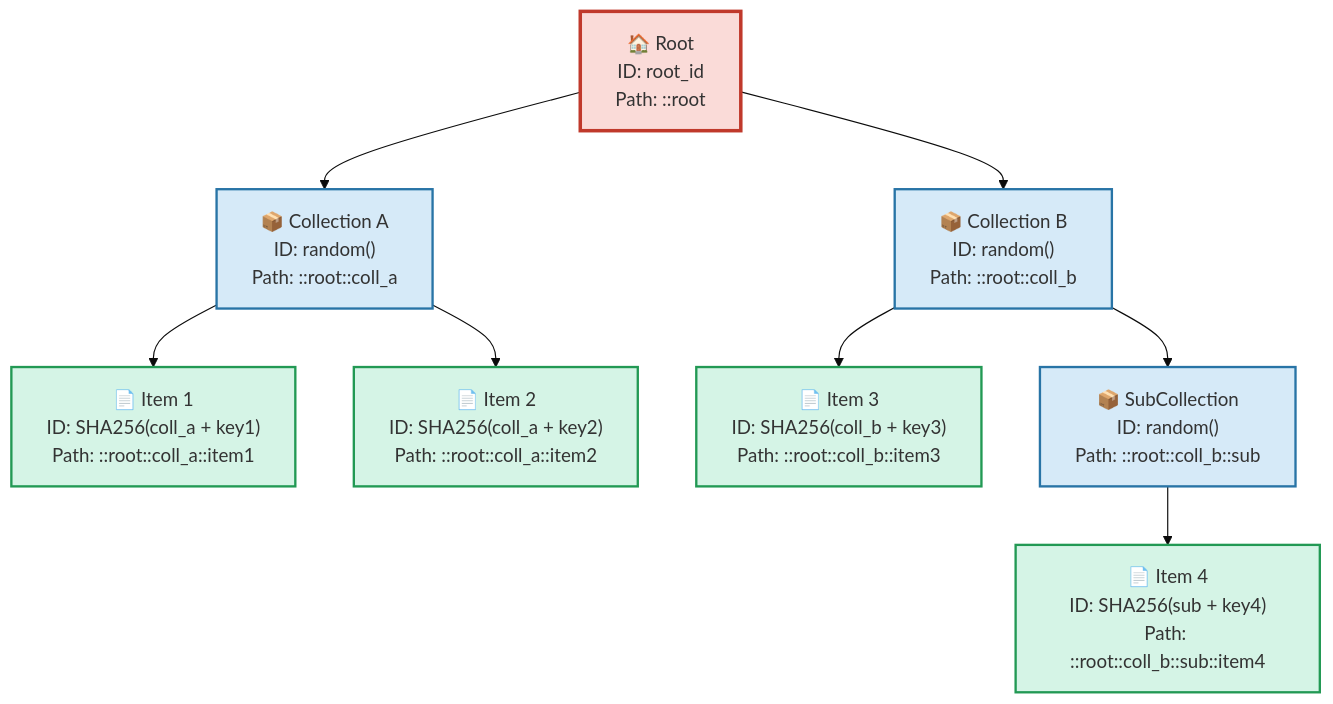
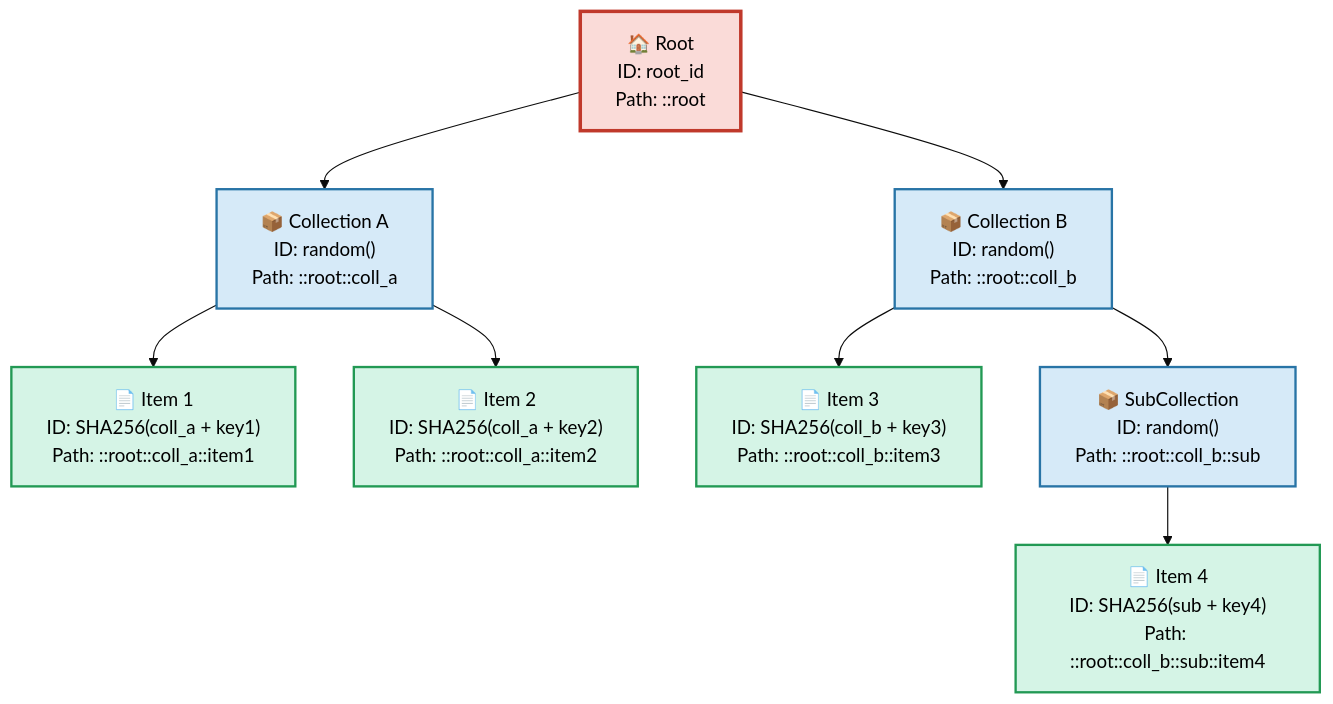
The eighth of 9 diagrams in crates/storage/README.md (calimero-network/core), drawn with Mermaid (base theme) before and after one commit. The commit also changed other lines of this file, not shown here.

First line of the commit message:
docs(storage): add black text color to all diagrams

````diff
--- a/crates/storage/README.md
+++ b/crates/storage/README.md
@@ -291,32 +291,32 @@
 ```mermaid
 graph TD
     Root["🏠 Root<br/>ID: root_id<br/>Path: ::root"]
     
     CollA["📦 Collection A<br/>ID: random()<br/>Path: ::root::coll_a"]
     CollB["📦 Collection B<br/>ID: random()<br/>Path: ::root::coll_b"]
     
     Item1["📄 Item 1<br/>ID: SHA256(coll_a + key1)<br/>Path: ::root::coll_a::item1"]
     Item2["📄 Item 2<br/>ID: SHA256(coll_a + key2)<br/>Path: ::root::coll_a::item2"]
     
     Item3["📄 Item 3<br/>ID: SHA256(coll_b + key3)<br/>Path: ::root::coll_b::item3"]
     
     SubColl["📦 SubCollection<br/>ID: random()<br/>Path: ::root::coll_b::sub"]
     Item4["📄 Item 4<br/>ID: SHA256(sub + key4)<br/>Path: ::root::coll_b::sub::item4"]
     
     Root --> CollA
     Root --> CollB
     CollA --> Item1
     CollA --> Item2
     CollB --> Item3
     CollB --> SubColl
     SubColl --> Item4
     
-    style Root fill:#FADBD8,stroke:#C0392B,stroke-width:3px
-    style CollA fill:#D6EAF8,stroke:#2874A6,stroke-width:2px
-    style CollB fill:#D6EAF8,stroke:#2874A6,stroke-width:2px
-    style SubColl fill:#D6EAF8,stroke:#2874A6,stroke-width:2px
-    style Item1 fill:#D5F4E6,stroke:#229954,stroke-width:2px
-    style Item2 fill:#D5F4E6,stroke:#229954,stroke-width:2px
-    style Item3 fill:#D5F4E6,stroke:#229954,stroke-width:2px
-    style Item4 fill:#D5F4E6,stroke:#229954,stroke-width:2px
+    style Root fill:#FADBD8,stroke:#C0392B,stroke-width:3px,color:#000
+    style CollA fill:#D6EAF8,stroke:#2874A6,stroke-width:2px,color:#000
+    style CollB fill:#D6EAF8,stroke:#2874A6,stroke-width:2px,color:#000
+    style SubColl fill:#D6EAF8,stroke:#2874A6,stroke-width:2px,color:#000
+    style Item1 fill:#D5F4E6,stroke:#229954,stroke-width:2px,color:#000
+    style Item2 fill:#D5F4E6,stroke:#229954,stroke-width:2px,color:#000
+    style Item3 fill:#D5F4E6,stroke:#229954,stroke-width:2px,color:#000
+    style Item4 fill:#D5F4E6,stroke:#229954,stroke-width:2px,color:#000
 ```
````
